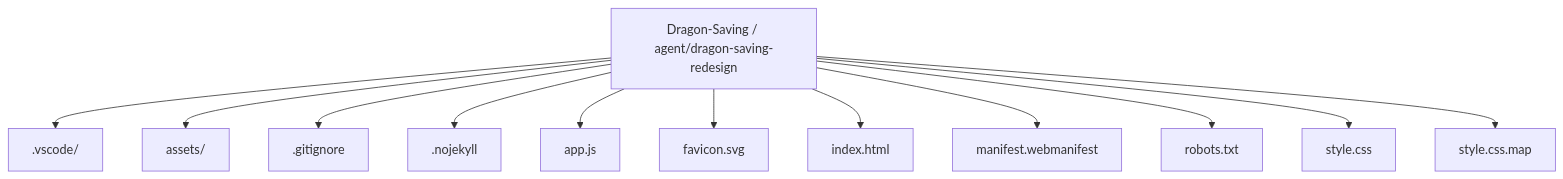
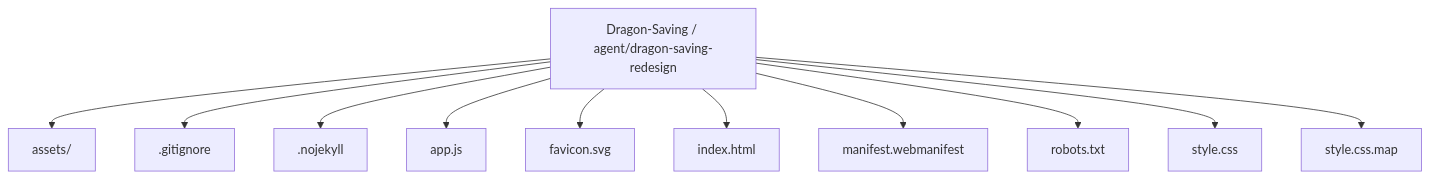
One commit to Nischhalsubba/Dragon-Saving changed the first of 5 diagrams in README.md. Above: the diagram before and after it, drawn with Mermaid. The commit also changed other lines of this file, not shown here.

````diff
--- a/README.md
+++ b/README.md
@@ -23,15 +52,14 @@
 ```mermaid
 flowchart TD
     ROOT["Dragon-Saving / agent/dragon-saving-redesign"]
-    ROOT --> P0[".vscode/"]
-    ROOT --> P1["assets/"]
-    ROOT --> P2[".gitignore"]
-    ROOT --> P3[".nojekyll"]
-    ROOT --> P4["app.js"]
-    ROOT --> P5["favicon.svg"]
-    ROOT --> P6["index.html"]
-    ROOT --> P7["manifest.webmanifest"]
-    ROOT --> P8["robots.txt"]
-    ROOT --> P9["style.css"]
-    ROOT --> P10["style.css.map"]
+    ROOT --> P0["assets/"]
+    ROOT --> P1[".gitignore"]
+    ROOT --> P2[".nojekyll"]
+    ROOT --> P3["app.js"]
+    ROOT --> P4["favicon.svg"]
+    ROOT --> P5["index.html"]
+    ROOT --> P6["manifest.webmanifest"]
+    ROOT --> P7["robots.txt"]
+    ROOT --> P8["style.css"]
+    ROOT --> P9["style.css.map"]
 ```
````
